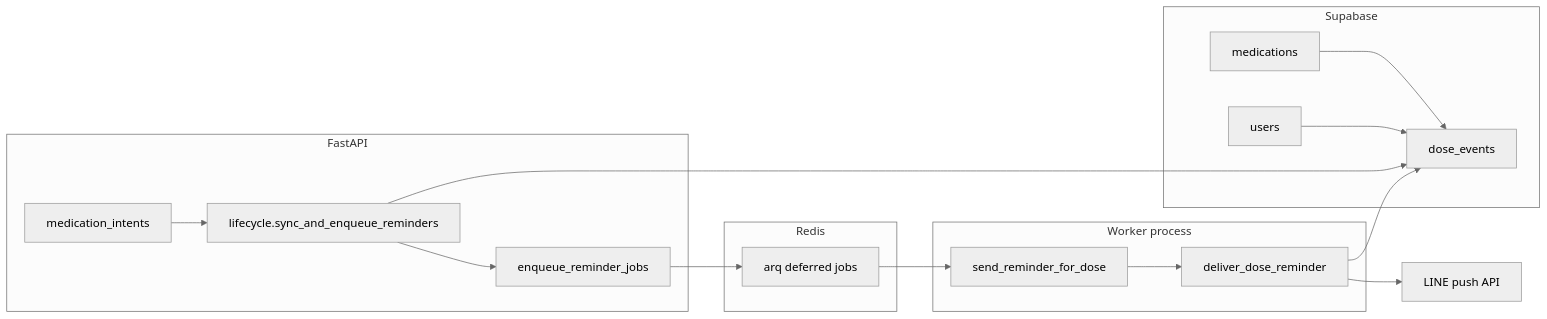
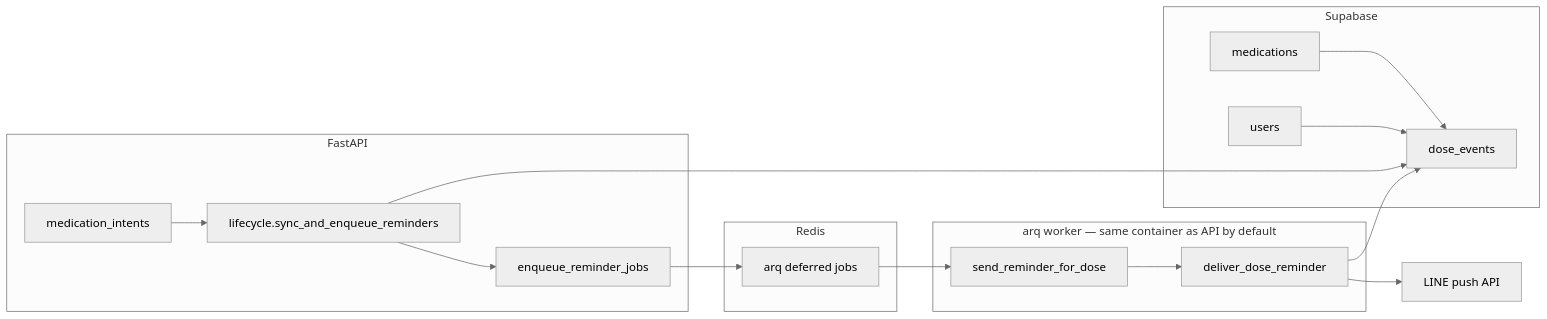
The diagram in docs/reminders.md (israkir/medbuddy), drawn with Mermaid (neutral theme) before and after one commit. The commit also changed other lines of this file and 17 other files, not shown here.

````diff
--- a/docs/reminders.md
+++ b/docs/reminders.md
@@ -18,31 +18,31 @@
 ```mermaid
 flowchart LR
     subgraph api [FastAPI]
         MI[medication_intents]
         LC[lifecycle.sync_and_enqueue_reminders]
         EQ[enqueue_reminder_jobs]
     end
     subgraph data [Supabase]
         M[medications]
         U[users]
         D[dose_events]
     end
     subgraph queue [Redis]
         ARQ[arq deferred jobs]
     end
-    subgraph worker [Worker process]
+    subgraph worker [arq worker — same container as API by default]
         W[send_reminder_for_dose]
         DV[deliver_dose_reminder]
     end
     LINE[LINE push API]
     MI --> LC
     LC --> D
     LC --> EQ
     EQ --> ARQ
     ARQ --> W
     W --> DV
     DV --> D
     DV --> LINE
     M --> D
     U --> D
 ```
````
